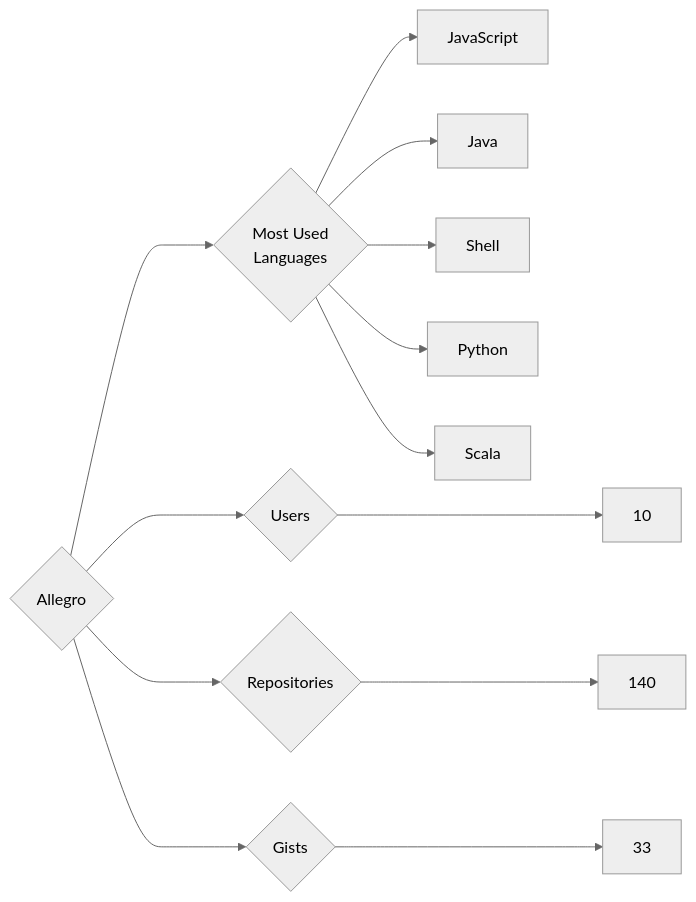
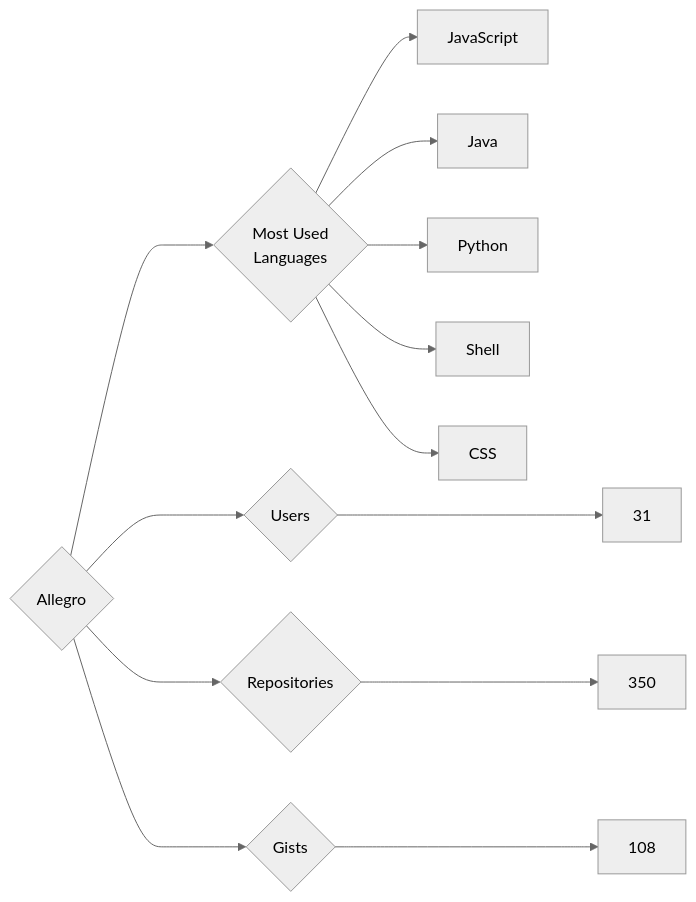
One commit to trickest/insiders changed the diagram in targets/Allegro/README.md. Above: the diagram before and after it, drawn with Mermaid (neutral theme). The commit also changed 610 other files, not shown here.

````diff
--- a/targets/Allegro/README.md
+++ b/targets/Allegro/README.md
@@ -3,13 +3,13 @@
 ```mermaid
 graph LR
 COMPANY_NAME{Allegro}
-COMPANY_NAME ---> U{Users} ---> UN[10]
-COMPANY_NAME ---> R{Repositories} ---> RN[140]
-COMPANY_NAME ---> G{Gists} ---> GN[33]
+COMPANY_NAME ---> U{Users} ---> UN[31]
+COMPANY_NAME ---> R{Repositories} ---> RN[350]
+COMPANY_NAME ---> G{Gists} ---> GN[108]
 COMPANY_NAME ---> ML{Most Used<br>Languages}
 ML --> JavaScript[JavaScript]
 ML --> Java[Java]
+ML --> Python[Python]
 ML --> Shell[Shell]
-ML --> Python[Python]
-ML --> Scala[Scala]
+ML --> CSS[CSS]
 ```
````
